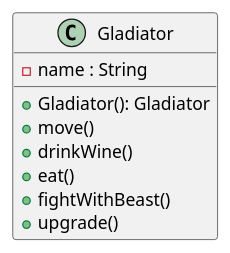
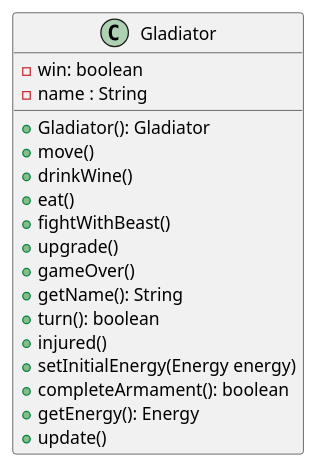
The diagram in diagrams/classes/Gladiator/Gladiator.plantuml (PabloGCH/tp2-algo3), drawn with PlantUML before and after one commit. The commit also changed 21 other files, not shown here.

Commit message:
unit tests were added in each equipment, in game and in gladiator, the DC of equipment and Gladiator were updated, the DC of Game was added, the use Case 19 was completed and finally small corrections were added in the equipment class

```diff
--- a/diagrams/classes/Gladiator/Gladiator.plantuml
+++ b/diagrams/classes/Gladiator/Gladiator.plantuml
@@ -1,11 +1,21 @@
 @startuml
 class Gladiator {
+    -win: boolean 
     -name : String
     +Gladiator(): Gladiator
-    +move() /'Change to "turn" (changes in branch "use-case-3-9-10")'/
+    +move()
     +drinkWine()
     +eat()
     +fightWithBeast()
     +upgrade()
+    +gameOver()
+    +getName(): String
+    +turn(): boolean
+    +injured()
+    +setInitialEnergy(Energy energy)
+    +completeArmament(): boolean
+    +getEnergy(): Energy
+    +update()
+
 }
 @enduml
```
